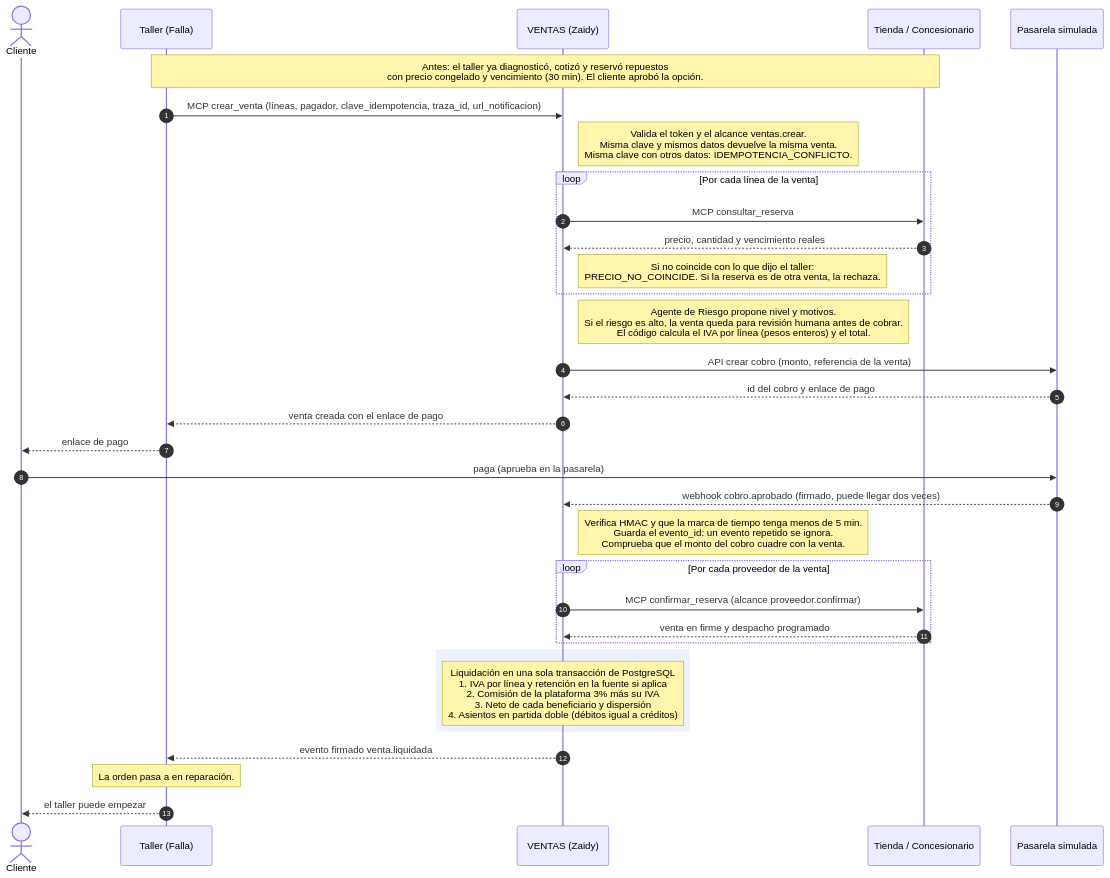
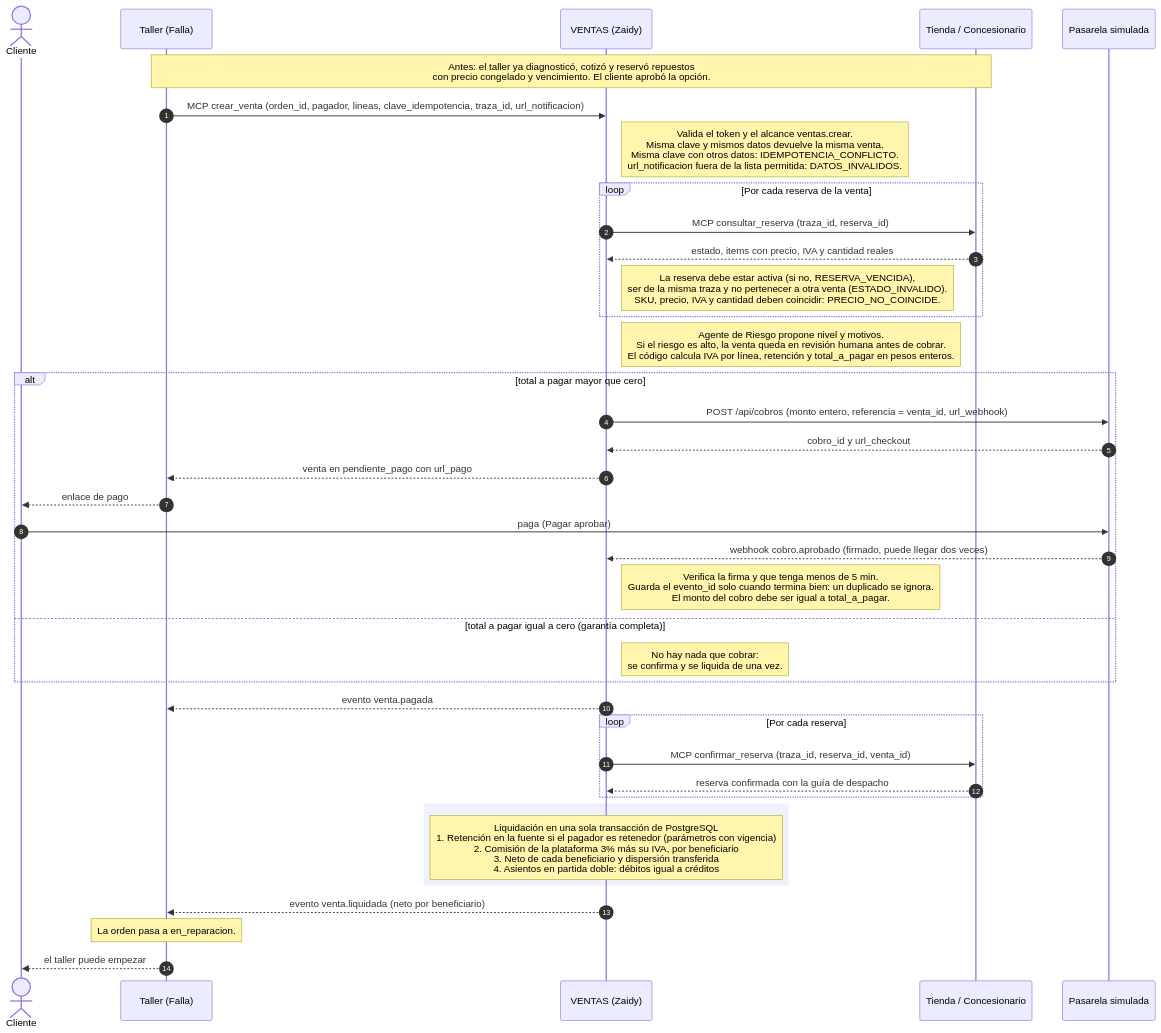
Before and after one commit to CristianT71/CobraYa: the first of 3 diagrams in docs/diagrama-secuencia-ventas.md, drawn with Mermaid. The commit also changed other lines of this file and 5 other files, not shown here.

Commit message:
docs: diagrama y acuerdo de Ventas contrastados con el kit (estados, eventos y errores exactos); kit-apoyo fuera de git

````diff
--- a/docs/diagrama-secuencia-ventas.md
+++ b/docs/diagrama-secuencia-ventas.md
@@ -20,44 +23,49 @@
 ```mermaid
 sequenceDiagram
     autonumber
     actor C as Cliente
     participant T as Taller (Falla)
     participant V as VENTAS (Zaidy)
     participant P as Tienda / Concesionario
     participant G as Pasarela simulada
 
-    Note over T,P: Antes: el taller ya diagnosticó, cotizó y reservó repuestos<br/>con precio congelado y vencimiento (30 min). El cliente aprobó la opción.
+    Note over T,P: Antes: el taller ya diagnosticó, cotizó y reservó repuestos<br/>con precio congelado y vencimiento. El cliente aprobó la opción.
 
-    T->>V: MCP crear_venta (líneas, pagador, clave_idempotencia, traza_id, url_notificacion)
-    Note right of V: Valida el token y el alcance ventas.crear.<br/>Misma clave y mismos datos devuelve la misma venta.<br/>Misma clave con otros datos: IDEMPOTENCIA_CONFLICTO.
+    T->>V: MCP crear_venta (orden_id, pagador, lineas, clave_idempotencia, traza_id, url_notificacion)
+    Note right of V: Valida el token y el alcance ventas.crear.<br/>Misma clave y mismos datos devuelve la misma venta.<br/>Misma clave con otros datos: IDEMPOTENCIA_CONFLICTO.<br/>url_notificacion fuera de la lista permitida: DATOS_INVALIDOS.
 
-    loop Por cada línea de la venta
-        V->>P: MCP consultar_reserva
-        P-->>V: precio, cantidad y vencimiento reales
-        Note right of V: Si no coincide con lo que dijo el taller:<br/>PRECIO_NO_COINCIDE. Si la reserva es de otra venta, la rechaza.
+    loop Por cada reserva de la venta
+        V->>P: MCP consultar_reserva (traza_id, reserva_id)
+        P-->>V: estado, items con precio, IVA y cantidad reales
+        Note right of V: La reserva debe estar activa (si no, RESERVA_VENCIDA),<br/>ser de la misma traza y no pertenecer a otra venta (ESTADO_INVALIDO).<br/>SKU, precio, IVA y cantidad deben coincidir: PRECIO_NO_COINCIDE.
     end
 
-    Note right of V: Agente de Riesgo propone nivel y motivos.<br/>Si el riesgo es alto, la venta queda para revisión humana antes de cobrar.<br/>El código calcula el IVA por línea (pesos enteros) y el total.
+    Note right of V: Agente de Riesgo propone nivel y motivos.<br/>Si el riesgo es alto, la venta queda en revisión humana antes de cobrar.<br/>El código calcula IVA por línea, retención y total_a_pagar en pesos enteros.
 
-    V->>G: API crear cobro (monto, referencia de la venta)
-    G-->>V: id del cobro y enlace de pago
-    V-->>T: venta creada con el enlace de pago
-    T-->>C: enlace de pago
+    alt total a pagar mayor que cero
+        V->>G: POST /api/cobros (monto entero, referencia = venta_id, url_webhook)
+        G-->>V: cobro_id y url_checkout
+        V-->>T: venta en pendiente_pago con url_pago
+        T-->>C: enlace de pago
+        C->>G: paga (Pagar aprobar)
+        G-->>V: webhook cobro.aprobado (firmado, puede llegar dos veces)
+        Note right of V: Verifica la firma y que tenga menos de 5 min.<br/>Guarda el evento_id solo cuando termina bien: un duplicado se ignora.<br/>El monto del cobro debe ser igual a total_a_pagar.
+    else total a pagar igual a cero (garantía completa)
+        Note right of V: No hay nada que cobrar:<br/>se confirma y se liquida de una vez.
+    end
 
-    C->>G: paga (aprueba en la pasarela)
-    G-->>V: webhook cobro.aprobado (firmado, puede llegar dos veces)
-    Note right of V: Verifica HMAC y que la marca de tiempo tenga menos de 5 min.<br/>Guarda el evento_id: un evento repetido se ignora.<br/>Comprueba que el monto del cobro cuadre con la venta.
+    V-->>T: evento venta.pagada
 
-    loop Por cada proveedor de la venta
-        V->>P: MCP confirmar_reserva (alcance proveedor.confirmar)
-        P-->>V: venta en firme y despacho programado
+    loop Por cada reserva
+        V->>P: MCP confirmar_reserva (traza_id, reserva_id, venta_id)
+        P-->>V: reserva confirmada con la guía de despacho
     end
 
     rect rgb(238, 242, 255)
-    Note over V: Liquidación en una sola transacción de PostgreSQL<br/>1. IVA por línea y retención en la fuente si aplica<br/>2. Comisión de la plataforma 3% más su IVA<br/>3. Neto de cada beneficiario y dispersión<br/>4. Asientos en partida doble (débitos igual a créditos)
+    Note over V: Liquidación en una sola transacción de PostgreSQL<br/>1. Retención en la fuente si el pagador es retenedor (parámetros con vigencia)<br/>2. Comisión de la plataforma 3% más su IVA, por beneficiario<br/>3. Neto de cada beneficiario y dispersión transferida<br/>4. Asientos en partida doble: débitos igual a créditos
     end
 
-    V-->>T: evento firmado venta.liquidada
-    Note over T: La orden pasa a en reparación.
+    V-->>T: evento venta.liquidada (neto por beneficiario)
+    Note over T: La orden pasa a en_reparacion.
     T-->>C: el taller puede empezar
 ```
````
